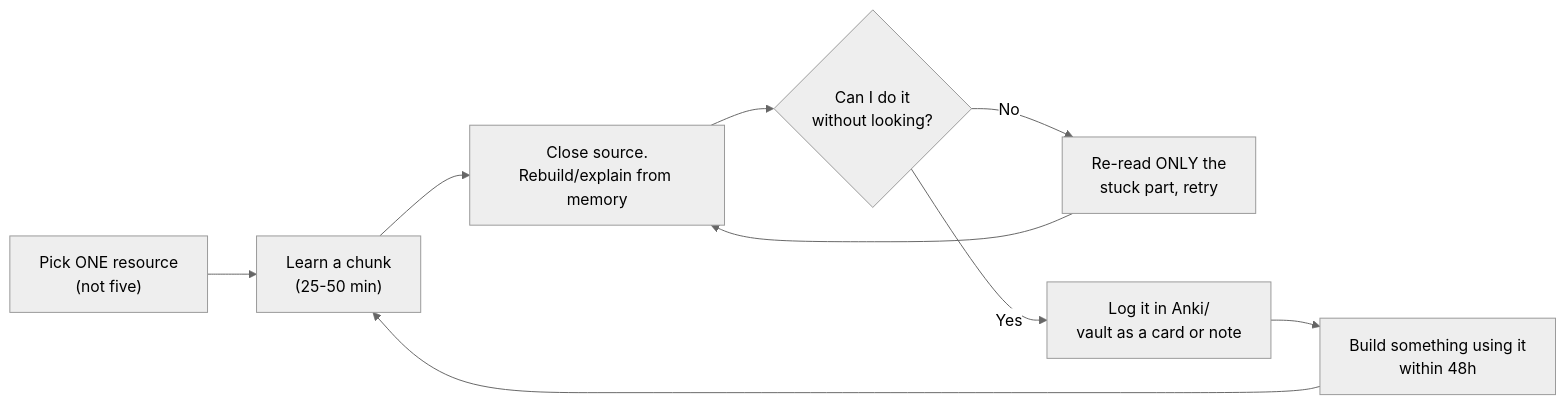
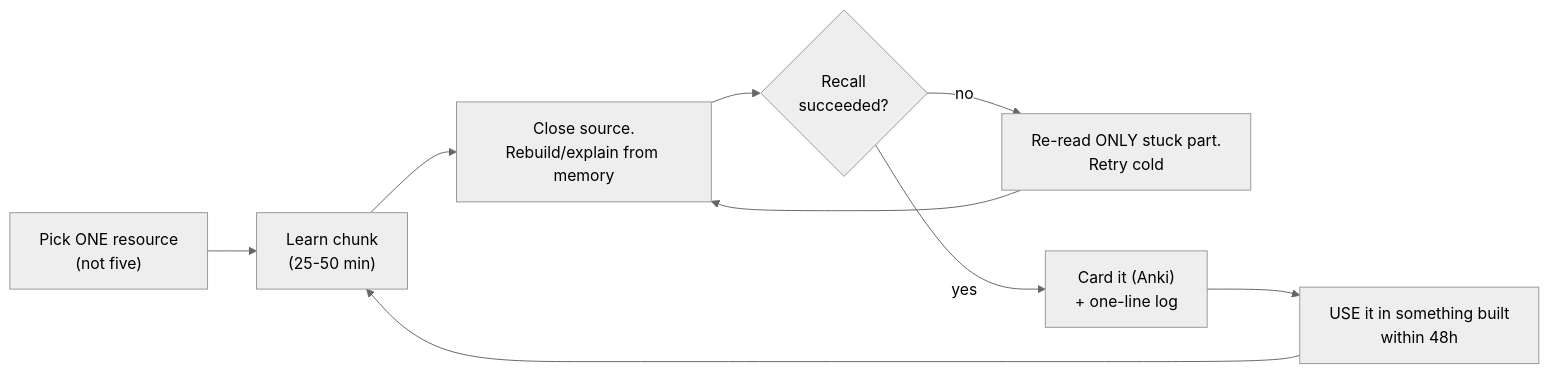
The first of 2 diagrams in wiki/modules/productivity/how-to-self-teach.md (Anirudh-2810/Second-Brain), drawn with Mermaid (neutral theme) before and after one commit. The commit also changed other lines of this file and 10 other files, not shown here.

Commit message:
feat: deep-edition batches 2-3 - 10 more pages (MLE roadmap, ML interview, math, python path, kaggle, self-teach, question bank, MOOCs, frameworks, topics)

````diff
--- a/wiki/modules/productivity/how-to-self-teach.md
+++ b/wiki/modules/productivity/how-to-self-teach.md
@@ -27,11 +33,11 @@
 ```mermaid
 flowchart LR
-    A["Pick ONE resource<br/>(not five)"] --> B["Learn a chunk<br/>(25-50 min)"]
+    A["Pick ONE resource<br/>(not five)"] --> B["Learn chunk<br/>(25-50 min)"]
     B --> C["Close source.<br/>Rebuild/explain from memory"]
-    C --> D{Can I do it<br/>without looking?}
-    D -- No --> E["Re-read ONLY the<br/>stuck part, retry"]
+    C --> D{Recall<br/>succeeded?}
+    D -->|"no"| E["Re-read ONLY stuck part.<br/>Retry cold"]
     E --> C
-    D -- Yes --> F["Log it in Anki/<br/>vault as a card or note"]
-    F --> G["Build something using it<br/>within 48h"]
+    D -->|"yes"| F["Card it (Anki)<br/>+ one-line log"]
+    F --> G["USE it in something built<br/>within 48h"]
     G --> B
 ```
````
